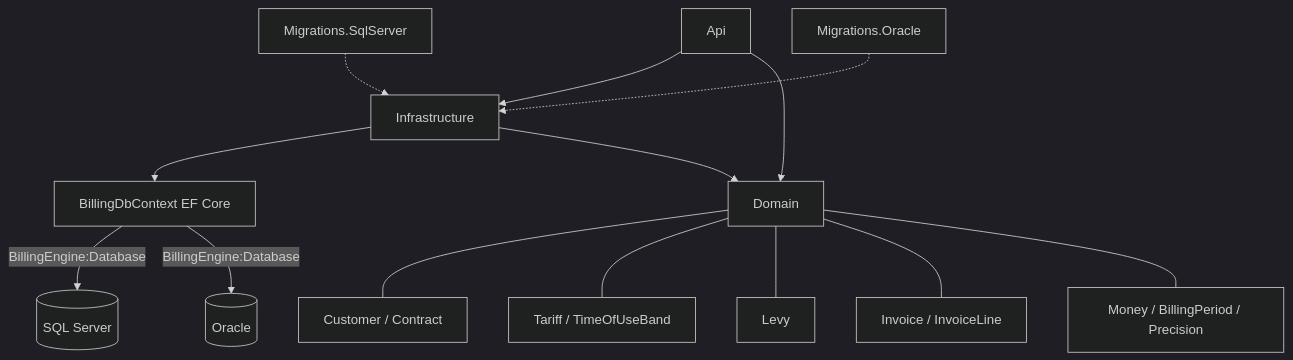
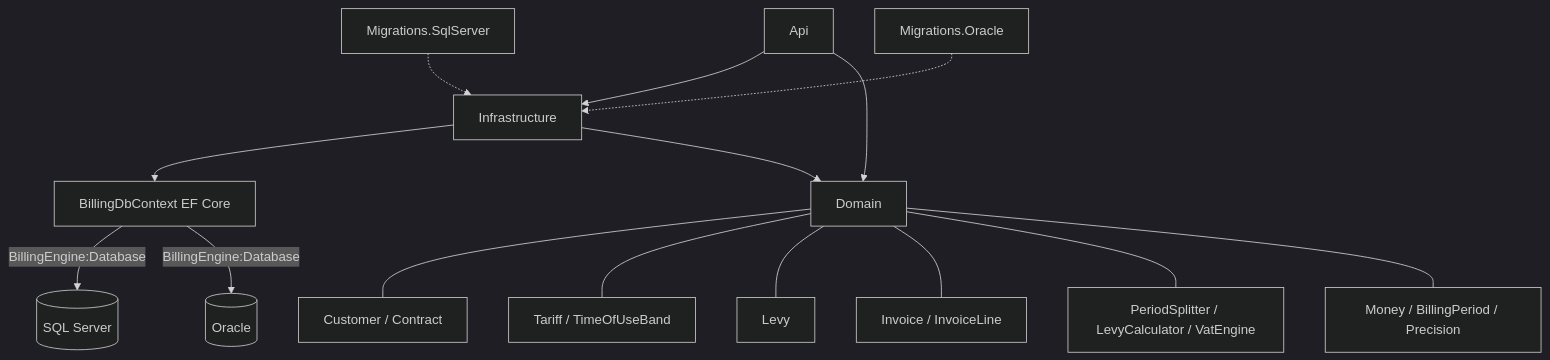
Before and after one commit to hanan-raza/energy-billing-engine: the diagram in README.md, drawn with Mermaid (dark theme). The commit also changed other lines of this file, not shown here.

Commit message:
docs: describe levy calculator and VAT engine in README

````diff
--- a/README.md
+++ b/README.md
@@ -51,16 +53,17 @@
 ```mermaid
 graph TD
     A[Api] --> C[Infrastructure]
     C --> D[BillingDbContext EF Core]
     D -- BillingEngine:Database --> E[(SQL Server)]
     D -- BillingEngine:Database --> F[(Oracle)]
     M1[Migrations.SqlServer] -.-> C
     M2[Migrations.Oracle] -.-> C
     C --> B[Domain]
     A --> B
     B --- B1[Customer / Contract]
     B --- B2[Tariff / TimeOfUseBand]
     B --- B3[Levy]
     B --- B4[Invoice / InvoiceLine]
+    B --- B6[PeriodSplitter / LevyCalculator / VatEngine]
     B --- B5[Money / BillingPeriod / Precision]
 ```
````
